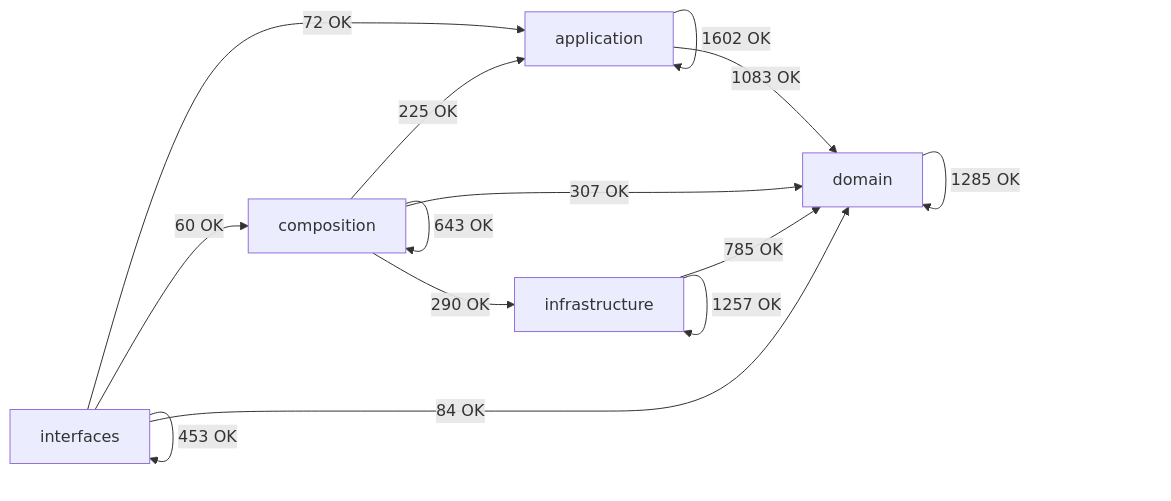
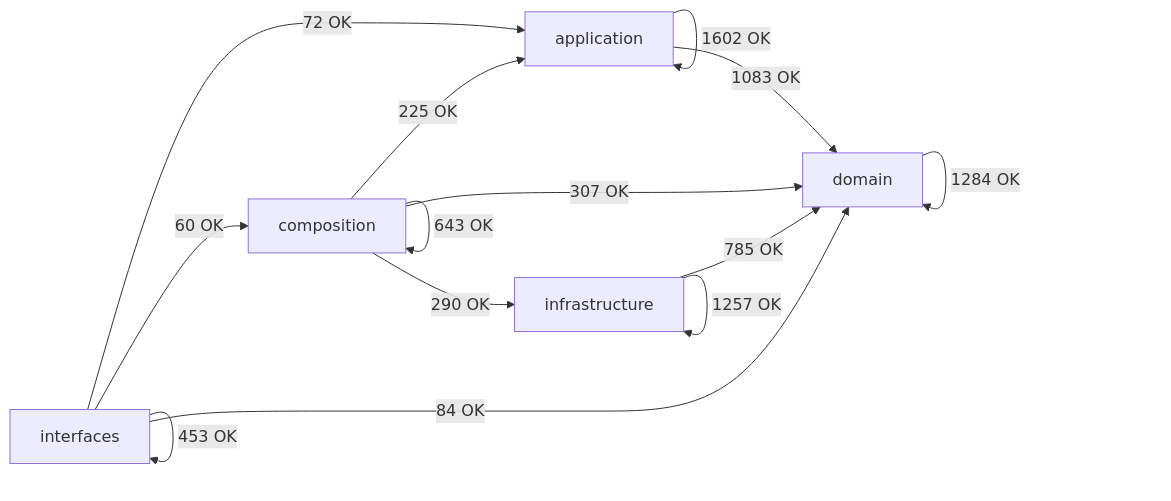
Before and after one commit to SatoryKono/BioactivityDataAcquisition: the diagram in docs/02-architecture/generated/module-dependency-map.md, drawn with Mermaid. The commit also changed other lines of this file and 20 other files, not shown here.

Commit message:
fix(architecture): remove type-only runtime edges and refresh inventories

````diff
--- a/docs/02-architecture/generated/module-dependency-map.md
+++ b/docs/02-architecture/generated/module-dependency-map.md
@@ -17,21 +17,21 @@
 ```mermaid
 flowchart LR
     domain[domain]
     application[application]
     infrastructure[infrastructure]
     composition[composition]
     interfaces[interfaces]
     application -->|1602 OK| application
     application -->|1083 OK| domain
     composition -->|225 OK| application
     composition -->|643 OK| composition
     composition -->|307 OK| domain
     composition -->|290 OK| infrastructure
-    domain -->|1285 OK| domain
+    domain -->|1284 OK| domain
     infrastructure -->|785 OK| domain
     infrastructure -->|1257 OK| infrastructure
     interfaces -->|72 OK| application
     interfaces -->|60 OK| composition
     interfaces -->|84 OK| domain
     interfaces -->|453 OK| interfaces
 ```
````
